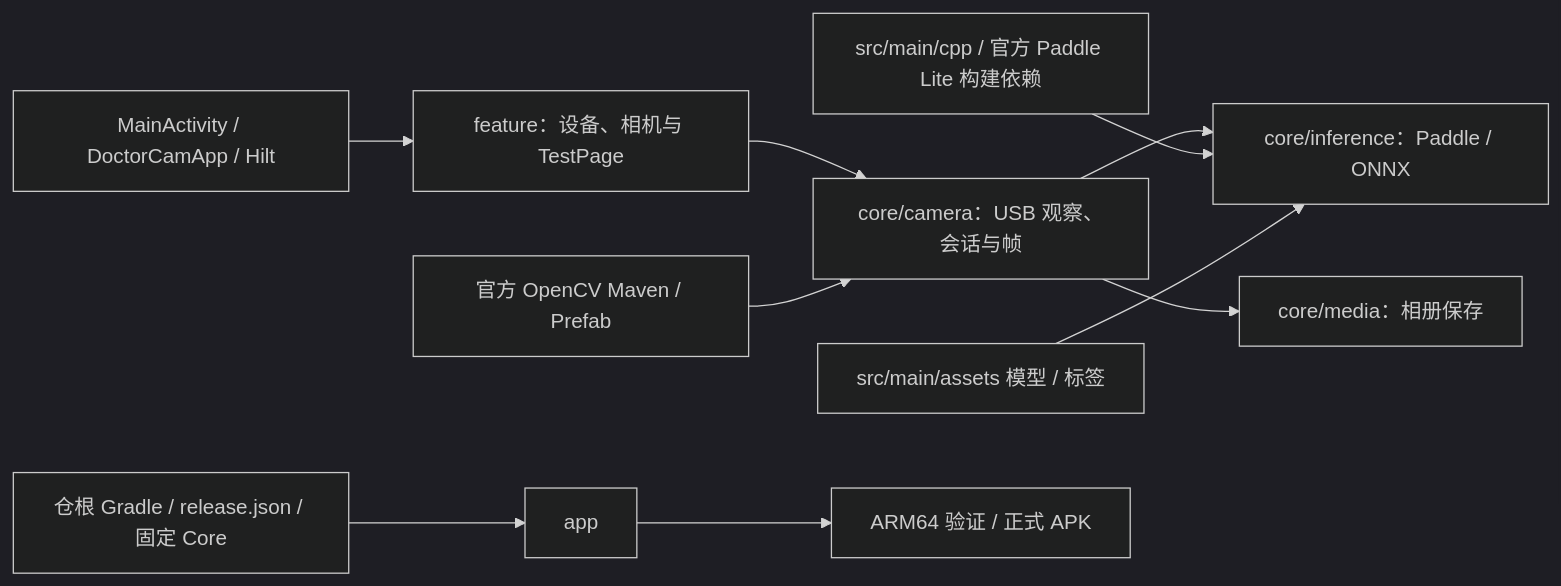
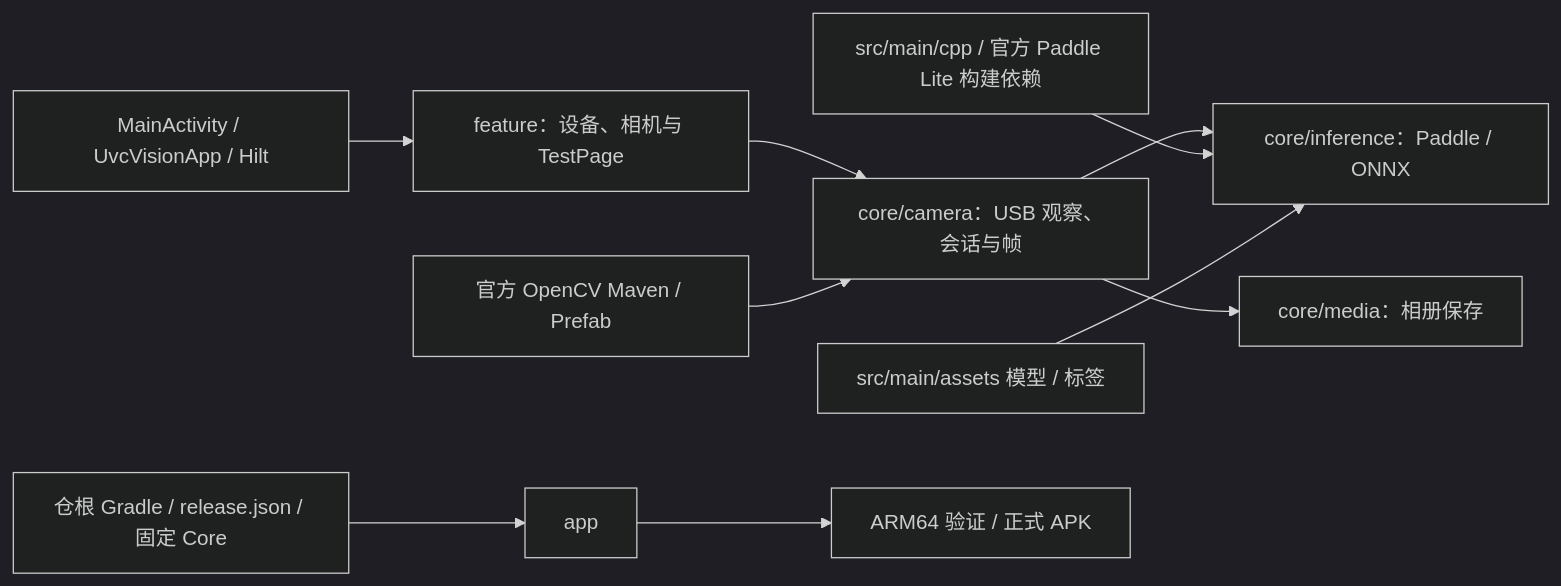
Before and after one commit to darren-you/doctor-cam: the diagram in app/README.md, drawn with Mermaid (dark theme). The commit also changed other lines of this file and 29 other files, not shown here.

First line of the commit message:
将仓库与应用展示名统一为 UVC Vision，保持 Android 安装身份与正式签名

````diff
--- a/app/README.md
+++ b/app/README.md
@@ -7,12 +7,12 @@
 ```mermaid
 flowchart LR
     root[仓根 Gradle / release.json / 固定 Core] --> app[app]
-    entry[MainActivity / DoctorCamApp / Hilt] --> features[feature：设备、相机与 TestPage]
+    entry[MainActivity / UvcVisionApp / Hilt] --> features[feature：设备、相机与 TestPage]
     features --> camera[core/camera：USB 观察、会话与帧]
     camera --> inference[core/inference：Paddle / ONNX]
     camera --> media[core/media：相册保存]
     opencv[官方 OpenCV Maven / Prefab] --> camera
     cpp[src/main/cpp / 官方 Paddle Lite 构建依赖] --> inference
     assets[src/main/assets 模型 / 标签] --> inference
     app --> apk[ARM64 验证 / 正式 APK]
 ```
````
